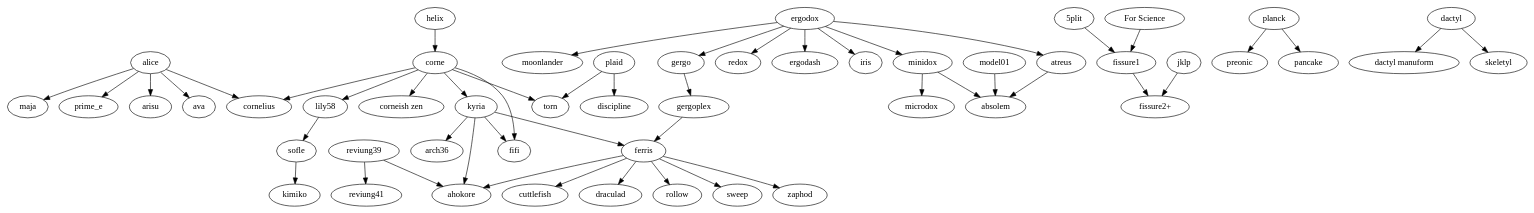
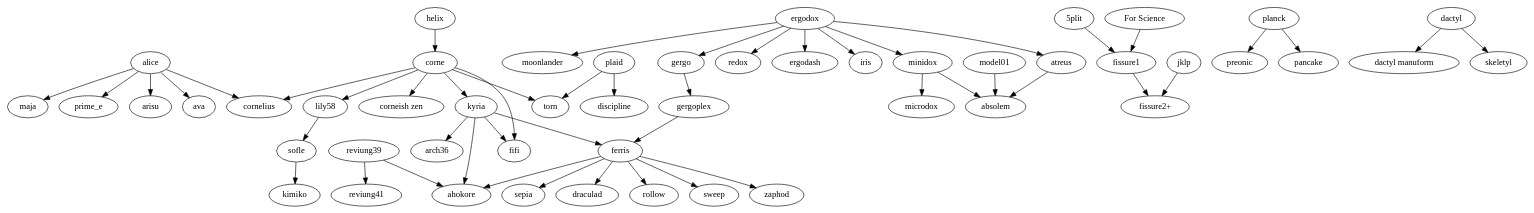
Before and after one commit to petejohanson/mk-family-tree: the diagram in tree.gv, drawn with Graphviz.

Commit message:
Cuttlefish is actually sepia.

```diff
--- a/tree.gv
+++ b/tree.gv
@@ -1,99 +1,99 @@
 digraph T {
   subgraph splits {
     helix -> corne;
 
     corne -> {
       "corneish zen";
       cornelius;
       fifi;
       kyria;
       lily58;
       torn;
     };
 
     lily58 -> sofle;
 
     kyria -> {
         ahokore;
         arch36;
         ferris;
         fifi;
     };
 
     ergodox -> {
       atreus;
       ergodash;
       gergo;
       iris;
       minidox;
       moonlander;
       redox;
     };
 
     gergo -> gergoplex;
     gergoplex -> ferris;
 
     ferris -> {
       ahokore;
-      cuttlefish;
+      sepia;
       draculad;
       rollow;
       sweep;
       zaphod;
     };
 
     minidox -> {
       absolem;
       microdox;
     };
 
     model01 -> {
       absolem;
     };
 
     sofle -> kimiko;
 
     "5plit" -> "fissure1";
     "For Science" -> "fissure1";
     fissure1 -> "fissure2+";
     jklp -> "fissure2+";
   }
 
   subgraph unibody {
     atreus -> {
       absolem;
     };
     reviung39 -> {
       ahokore;
       reviung41;
     };
   };
 
   subgraph ortholinear {
     plaid -> {
       discipline;
       torn;
     };
     planck -> {
       preonic;
       pancake;
     };
   }
 
   subgraph {
     dactyl -> {
       "dactyl manuform";
       skeletyl;
     }
   }
 
   subgraph alicefamily {
     alice -> {
       arisu;
       ava;
       cornelius;
       maja;
       prime_e;
     }
   }
 }
```
